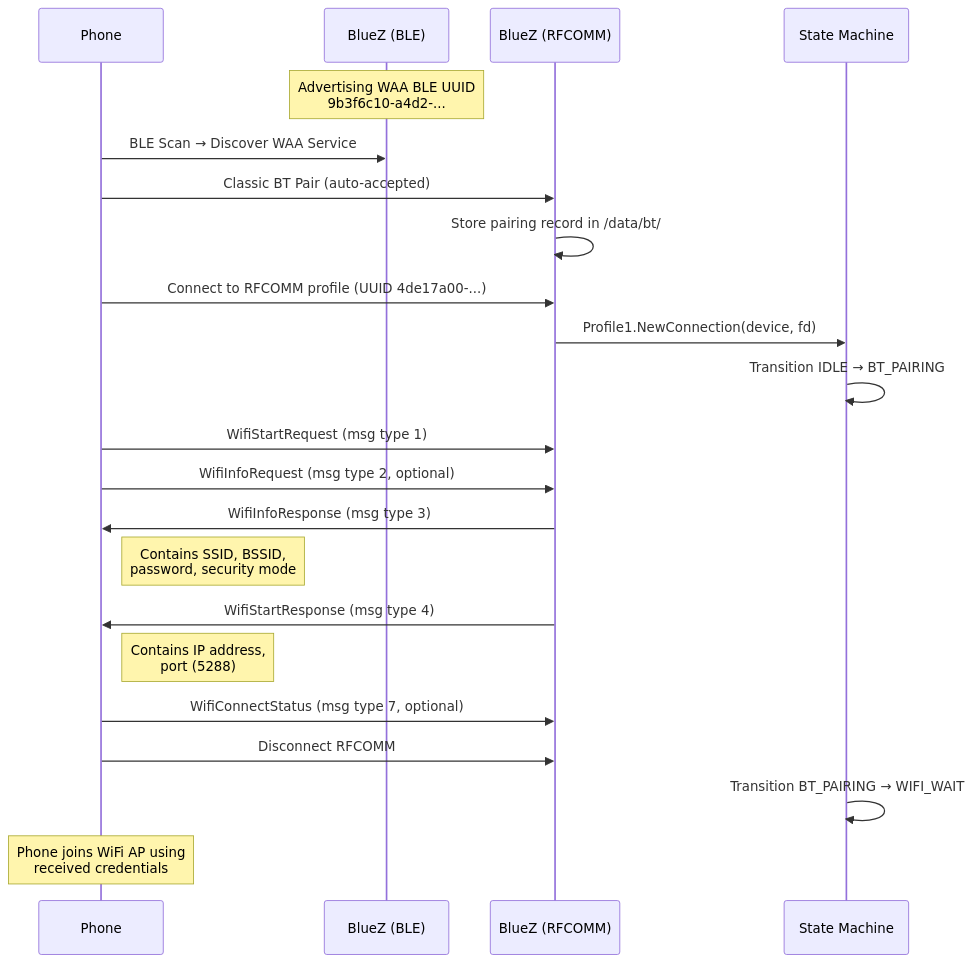
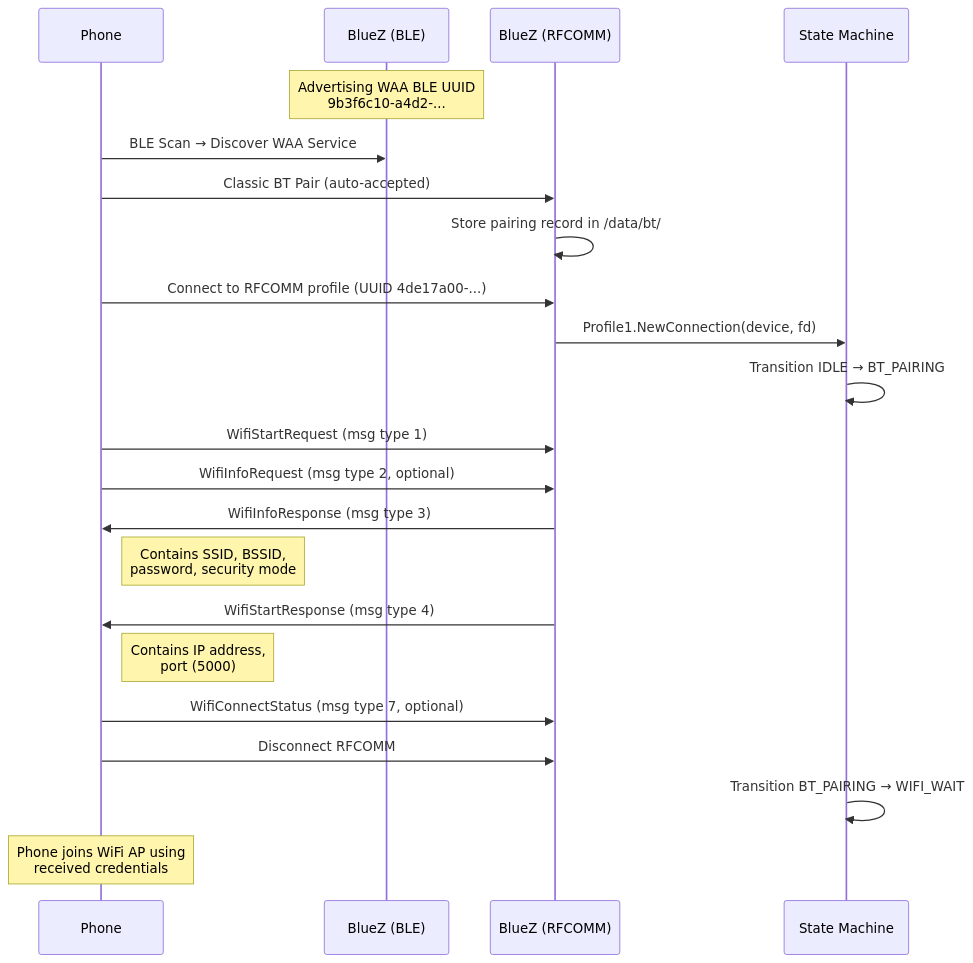
One commit to AndrewGraydon/PiAuto changed the first of 2 diagrams in docs/ICD.md. Above: the diagram before and after it, drawn with Mermaid. The commit also changed other lines of this file and 6 other files, not shown here.

````diff
--- a/docs/ICD.md
+++ b/docs/ICD.md
@@ -103,30 +103,30 @@
 ```mermaid
 sequenceDiagram
     participant Phone
     participant BLE as BlueZ (BLE)
     participant RFCOMM as BlueZ (RFCOMM)
     participant SM as State Machine
 
     Note over BLE: Advertising WAA BLE UUID<br/>9b3f6c10-a4d2-...
 
     Phone->>BLE: BLE Scan → Discover WAA Service
     Phone->>RFCOMM: Classic BT Pair (auto-accepted)
     RFCOMM->>RFCOMM: Store pairing record in /data/bt/
 
     Phone->>RFCOMM: Connect to RFCOMM profile (UUID 4de17a00-...)
     RFCOMM->>SM: Profile1.NewConnection(device, fd)
     SM->>SM: Transition IDLE → BT_PAIRING
 
     Phone->>RFCOMM: WifiStartRequest (msg type 1)
     Phone->>RFCOMM: WifiInfoRequest (msg type 2, optional)
     RFCOMM->>Phone: WifiInfoResponse (msg type 3)
     Note right of Phone: Contains SSID, BSSID,<br/>password, security mode
     RFCOMM->>Phone: WifiStartResponse (msg type 4)
-    Note right of Phone: Contains IP address,<br/>port (5288)
+    Note right of Phone: Contains IP address,<br/>port (5000)
 
     Phone->>RFCOMM: WifiConnectStatus (msg type 7, optional)
     Phone->>RFCOMM: Disconnect RFCOMM
 
     SM->>SM: Transition BT_PAIRING → WIFI_WAIT
     Note over Phone: Phone joins WiFi AP using<br/>received credentials
 ```
````
